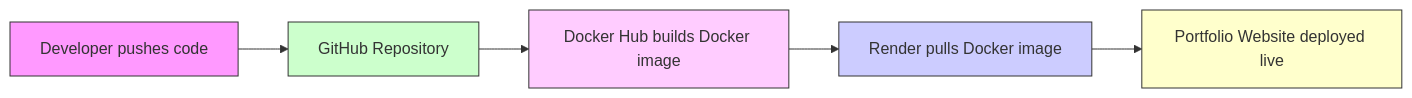
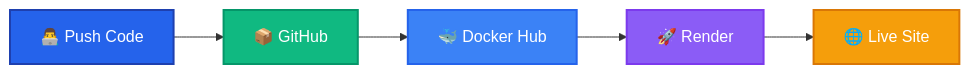
The diagram in README.md (Jonttufantti/portfolio-website), drawn with Mermaid before and after one commit. The commit also changed other lines of this file, not shown here.

Commit message:
readme update

````diff
--- a/README.md
+++ b/README.md
@@ -68,13 +63,13 @@
 ```mermaid
 flowchart LR
-    A[Developer pushes code] --> B[GitHub Repository]
-    B --> C[Docker Hub builds Docker image]
-    C --> D[Render pulls Docker image]
-    D --> E[Portfolio Website deployed live]
+    A[👨‍💻 Push Code] --> B[📦 GitHub]
+    B --> C[🐳 Docker Hub]
+    C --> D[🚀 Render]
+    D --> E[🌐 Live Site]
 
-    style A fill:#f9f,stroke:#333,stroke-width:1px
-    style B fill:#cfc,stroke:#333,stroke-width:1px
-    style C fill:#fcf,stroke:#333,stroke-width:1px
-    style D fill:#ccf,stroke:#333,stroke-width:1px
-    style E fill:#ffc,stroke:#333,stroke-width:1px
+    style A fill:#2563eb,stroke:#1e40af,stroke-width:2px,color:#fff
+    style B fill:#10b981,stroke:#059669,stroke-width:2px,color:#fff
+    style C fill:#3b82f6,stroke:#2563eb,stroke-width:2px,color:#fff
+    style D fill:#8b5cf6,stroke:#7c3aed,stroke-width:2px,color:#fff
+    style E fill:#f59e0b,stroke:#d97706,stroke-width:2px,color:#fff
 ```
````
